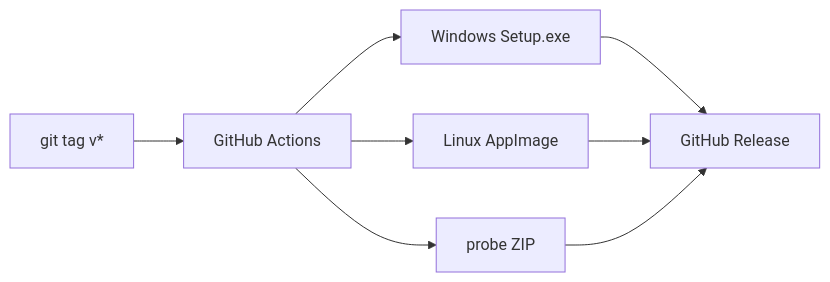
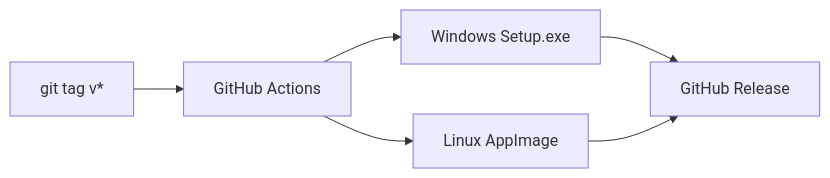
One commit to drmikecrypto/pc-lab-kit changed the fifth of 5 diagrams in README.md. Above: the diagram before and after it, drawn with Mermaid.

Commit message:
Docs: drop probe ZIP from README release diagram.

````diff
--- a/README.md
+++ b/README.md
@@ -131,10 +131,8 @@
 ```mermaid
 flowchart LR
   Tag[git tag v*] --> CI[GitHub Actions]
   CI --> Win[Windows Setup.exe]
   CI --> Lin[Linux AppImage]
-  CI --> ProbeZip[probe ZIP]
   Win --> Rel[GitHub Release]
   Lin --> Rel
-  ProbeZip --> Rel
 ```
````
